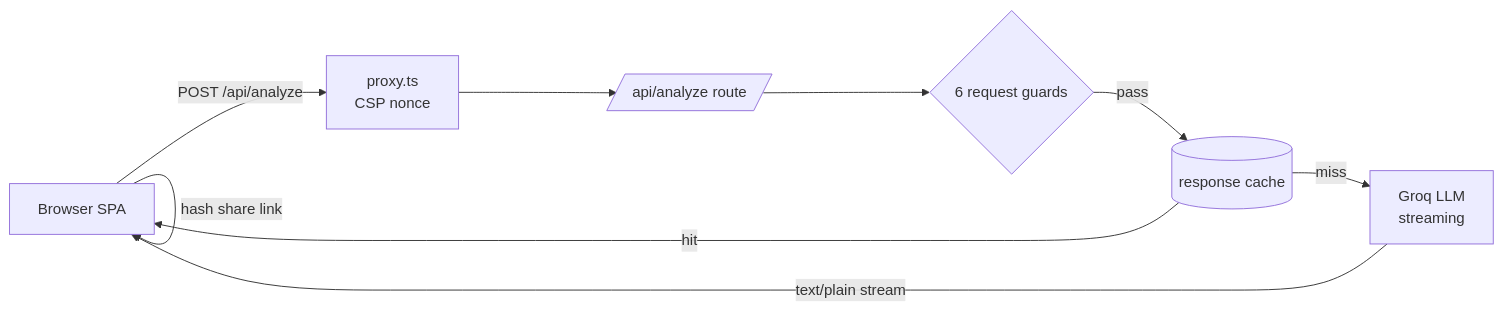
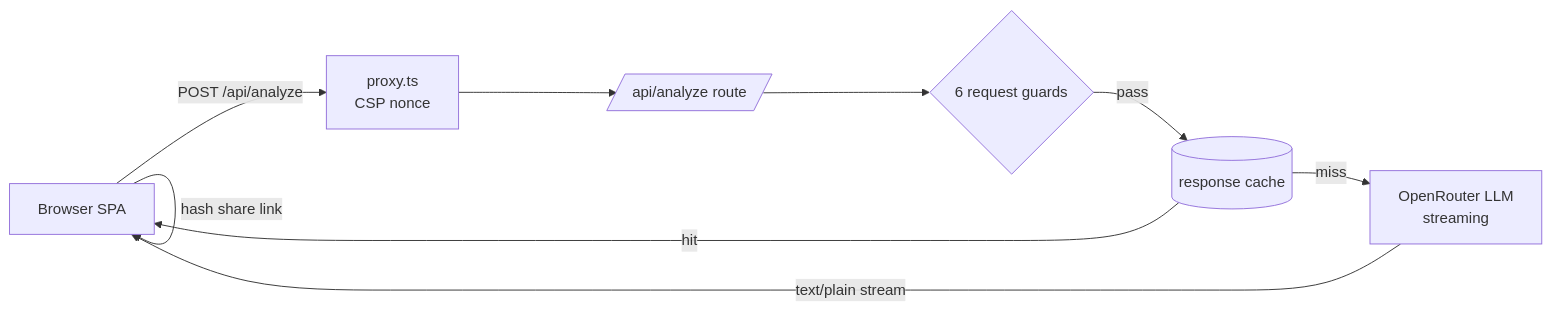
The first of 2 diagrams in README.md (alexmachulsky/golden-circle), drawn with Mermaid before and after one commit. The commit also changed other lines of this file and 16 other files, not shown here.

First line of the commit message:
feat(analyze): migrate LLM provider from Groq to OpenRouter

````diff
--- a/README.md
+++ b/README.md
@@ -147,11 +147,11 @@
 ```mermaid
 flowchart LR
   U[Browser SPA] -->|POST /api/analyze| MW[proxy.ts<br/>CSP nonce]
   MW --> API[/api/analyze route/]
   API --> G1{6 request guards}
   G1 -->|pass| C[(response cache)]
-  C -->|miss| GROQ[Groq LLM<br/>streaming]
+  C -->|miss| LLM[OpenRouter LLM<br/>streaming]
   C -->|hit| U
-  GROQ -->|text/plain stream| U
+  LLM -->|text/plain stream| U
   U -->|hash share link| U
 ```
````
